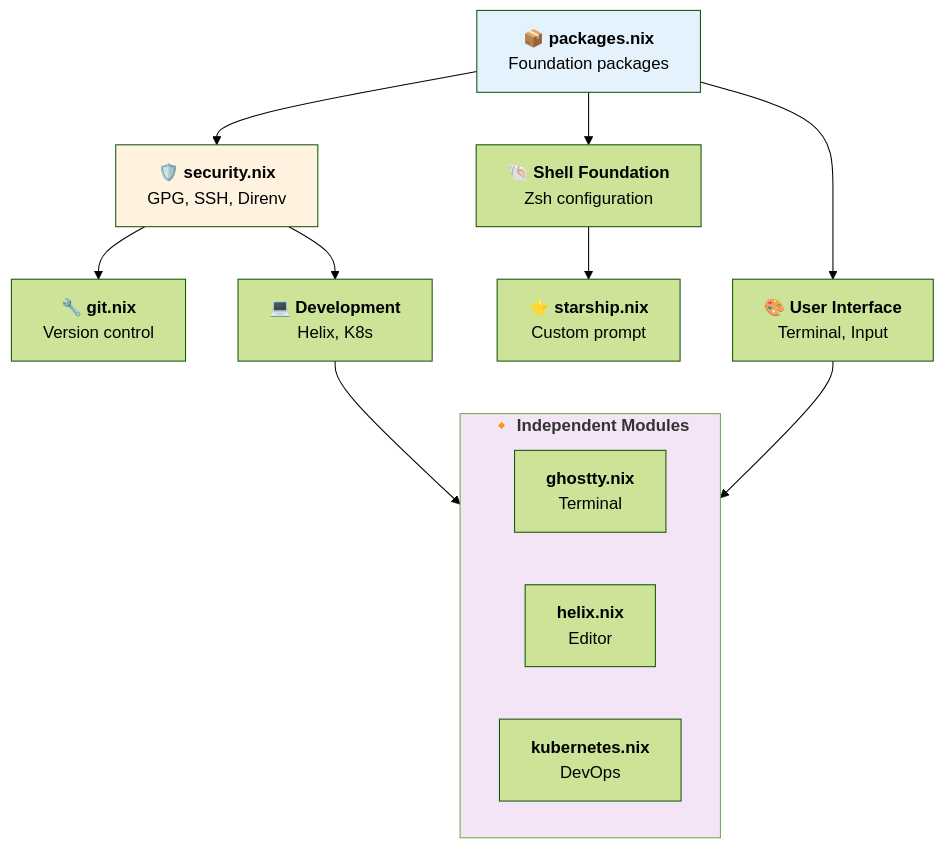
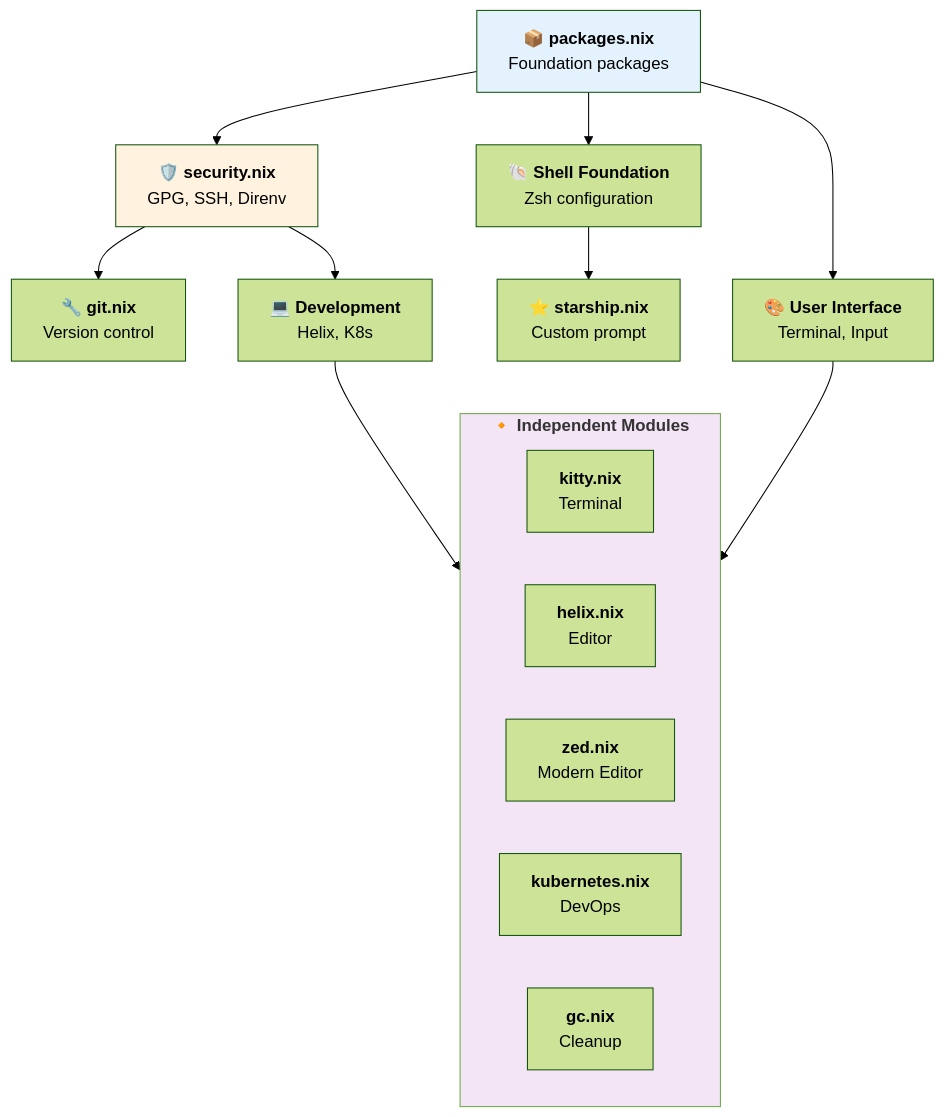
The sixth of 8 diagrams in docs/ARCHITECTURE.md (pampatzoglou/home-manager), drawn with Mermaid (forest theme) before and after one commit. The commit also changed other lines of this file and 1 other file, not shown here.

````diff
--- a/docs/ARCHITECTURE.md
+++ b/docs/ARCHITECTURE.md
@@ -281,36 +285,40 @@
 ```mermaid
 graph TD
     packages["`📦 **packages.nix**
     Foundation packages`"] --> security["`🛡️ **security.nix**
     GPG, SSH, Direnv`"]
 
     security --> git["`🔧 **git.nix**
     Version control`"]
     security --> development["`💻 **Development**
     Helix, K8s`"]
 
     packages --> shell_base["`🐚 **Shell Foundation**
     Zsh configuration`"]
     shell_base --> starship["`⭐ **starship.nix**
     Custom prompt`"]
 
     packages --> ui["`🎨 **User Interface**
     Terminal, Input`"]
 
     subgraph independent["`🔸 **Independent Modules**`"]
         direction LR
-        ghostty["`**ghostty.nix**
+        kitty["`**kitty.nix**
         Terminal`"]
         helix["`**helix.nix**
         Editor`"]
+        zed_mod["`**zed.nix**
+        Modern Editor`"]
         kubernetes["`**kubernetes.nix**
         DevOps`"]
+        gc_mod["`**gc.nix**
+        Cleanup`"]
     end
 
     ui --> independent
     development --> independent
 
     style packages fill:#e3f2fd
     style security fill:#fff3e0
     style independent fill:#f3e5f5
 ```
````
